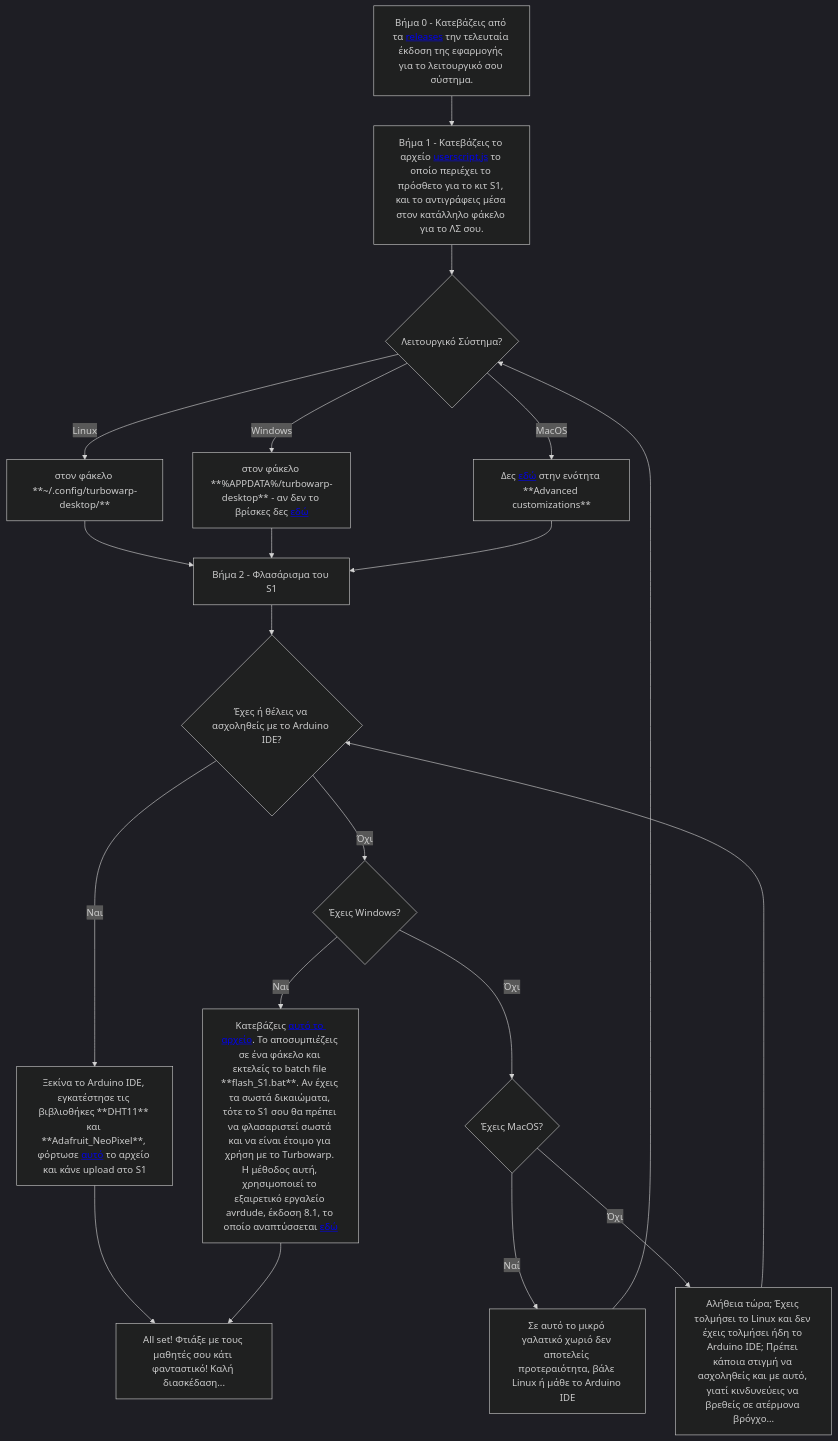
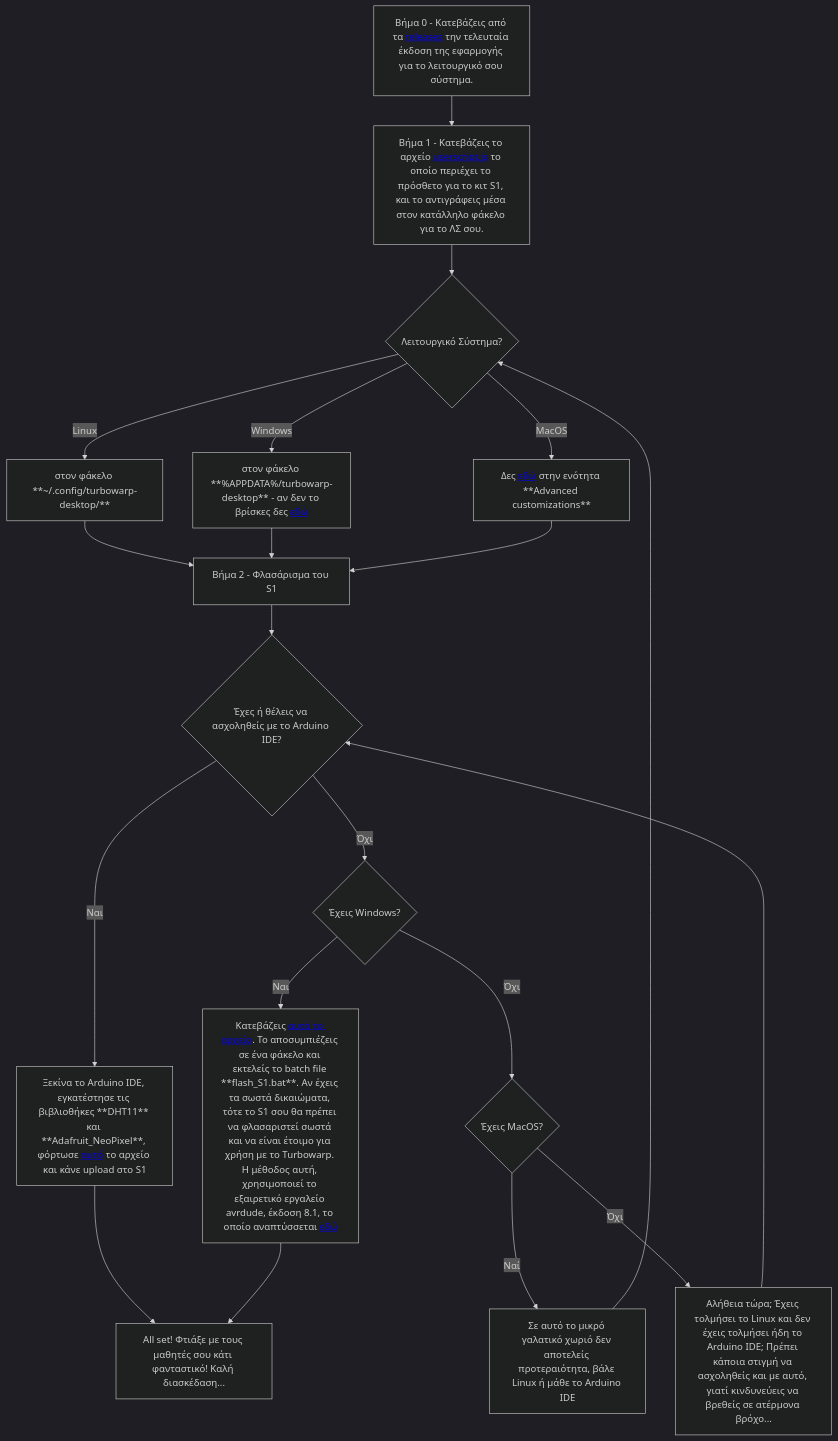
One commit to ale3andro/turbowarp_alx changed the diagram in alx/README.md. Above: the diagram before and after it, drawn with Mermaid (dark theme).

Commit message:
Fix formatting in README.md

````diff
--- a/alx/README.md
+++ b/alx/README.md
@@ -8,36 +8,36 @@
 ```mermaid
 
 flowchart TD
   A[ Βήμα 0 - Κατεβάζεις από τα <a href="https://github.com/ale3andro/turbowarp_alx/releases">releases</a> την τελευταία έκδοση της εφαρμογής για το λειτουργικό σου σύστημα.] 
   
   --> B[ Βήμα 1 - Κατεβάζεις το αρχείο <a href="https://github.com/ale3andro/turbowarp_alx/blob/main/alx/userscript.js">userscript.js</a> το οποίο περιέχει το πρόσθετο για το κιτ S1, και το αντιγράφεις μέσα στον κατάλληλο φάκελο για το ΛΣ σου.]
 
   --> C{Λειτουργικό Σύστημα?}
 
   C --> |Linux| D[στον φάκελο **~/.config/turbowarp-desktop/**] --> F
 
   C --> |Windows| E[στον φάκελο **%APPDATA%/turbowarp-desktop** - αν δεν το βρίσκες δες <a href="https://github.com/ale3andro/turbowarp_alx/blob/main/alx/README_how_find_the_user_folder.md">εδώ</a>] --> F
 
   C --> |MacOS| O[Δες <a href="https://github.com/ale3andro/turbowarp_alx/tree/main">εδώ</a> στην ενότητα **Advanced customizations** ] --> F
 
   F[Βήμα 2 - Φλασάρισμα του S1] --> G{Έχες ή θέλεις να ασχοληθείς με το Arduino IDE?}
 
   G --> |Ναι| H[Ξεκίνα το Arduino IDE, εγκατέστησε τις βιβλιοθήκες **DHT11** και **Adafruit_NeoPixel**, φόρτωσε <a href="https://github.com/ale3andro/turbowarp_alx/blob/main/alx/s1-arduino.ino">αυτό</a> το αρχείο και κάνε upload στο S1] --> L
 
   G --> |Όχι| I{Έχεις Windows?}
 
   I --> |Ναι| J[Κατεβάζεις <a href="https://github.com/ale3andro/turbowarp_alx/blob/main/alx/windows-helper/flash_s1_windows.zip">αυτό το αρχείο</a>. Το αποσυμπιέζεις σε ένα φάκελο και εκτελείς το batch file **flash_S1.bat**. Αν έχεις τα σωστά δικαιώματα, τότε το S1 σου θα πρέπει να φλασαριστεί σωστά και να είναι έτοιμο για χρήση με το Turbowarp. Η μέθοδος αυτή, χρησιμοποιεί το εξαιρετικό εργαλείο avrdude, έκδοση 8.1, το οποίο αναπτύσσεται <a href="https://github.com/avrdudes/avrdude">εδώ</a>] --> L
 
   I --> |Όχι| Μ{Έχεις MacOS?}
 
   Μ --> |Ναί| Q[Σε αυτό το μικρό γαλατικό χωριό δεν αποτελείς προτεραιότητα, βάλε Linux ή μάθε το Arduino IDE] --> C 
 
-  Μ --> |Όχι| K[Αλήθεια τώρα; Έχεις τολμήσει το Linux και δεν έχεις τολμήσει ήδη το Arduino IDE; Πρέπει κάποια στιγμή να ασχοληθείς και με αυτό, γιατί κινδυνεύεις να βρεθείς σε ατέρμονα βρόγχο...] --> G
+  Μ --> |Όχι| K[Αλήθεια τώρα; Έχεις τολμήσει το Linux και δεν έχεις τολμήσει ήδη το Arduino IDE; Πρέπει κάποια στιγμή να ασχοληθείς και με αυτό, γιατί κινδυνεύεις να βρεθείς σε ατέρμονα βρόχο...] --> G
 
   L[All set! Φτιάξε με τους μαθητές σου κάτι φανταστικό! Καλή διασκέδαση...]
 
   
 
   
 
 ```
````
